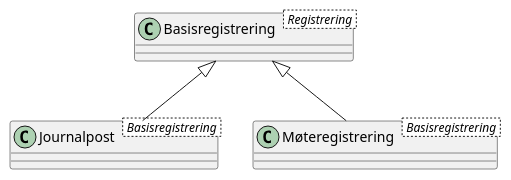
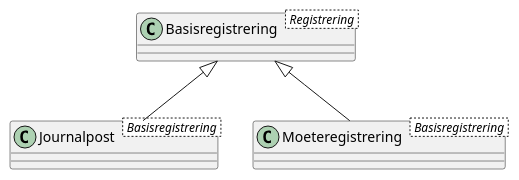
The diagram in kapitler/media/uml-generalisering-brukt-med-klasser.puml (arkivverket/noark5-tjenestegrensesnitt-standard), drawn with PlantUML before and after one commit. The commit also changed 12 other files, not shown here.

Commit message:
Adjusted several UML diagrams after the big æøå rename.

```diff
--- a/kapitler/media/uml-generalisering-brukt-med-klasser.puml
+++ b/kapitler/media/uml-generalisering-brukt-med-klasser.puml
@@ -1,8 +1,8 @@
 @startuml
 'FIXME dropped caption "class Fig04_Generalisering"
 class Basisregistrering < Registrering >
 class Journalpost < Basisregistrering >
-class Møteregistrering < Basisregistrering >
+class Moeteregistrering < Basisregistrering >
 Basisregistrering <|-- Journalpost
-Basisregistrering <|-- Møteregistrering
+Basisregistrering <|-- Moeteregistrering
 @enduml
```
